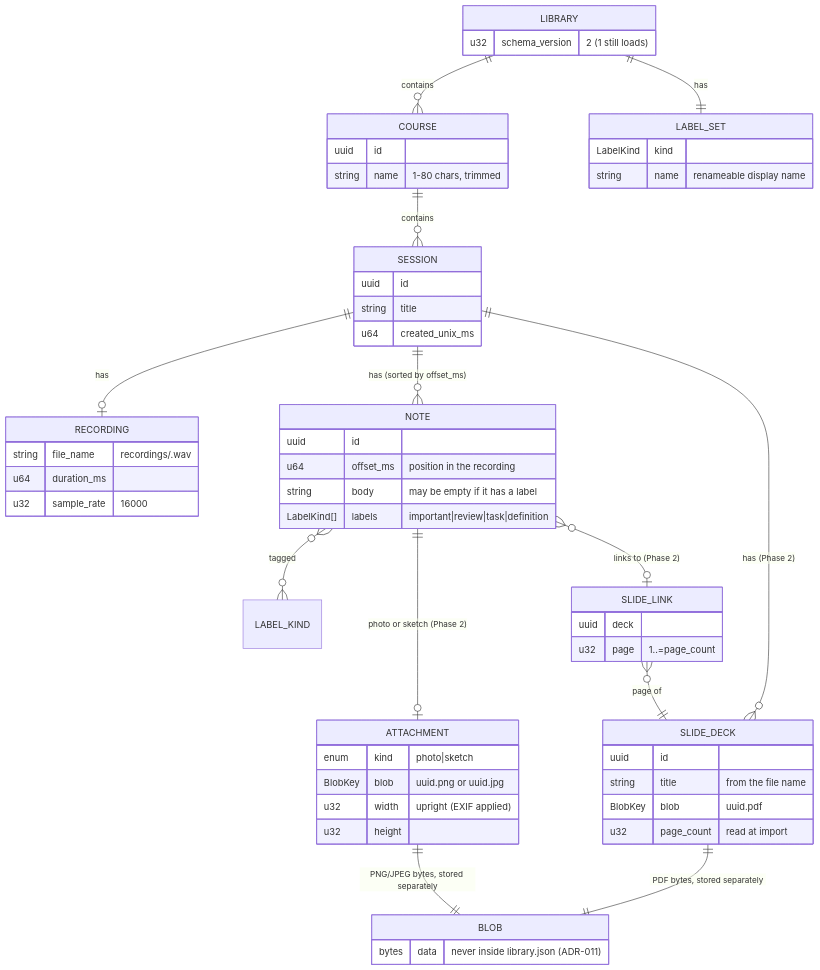
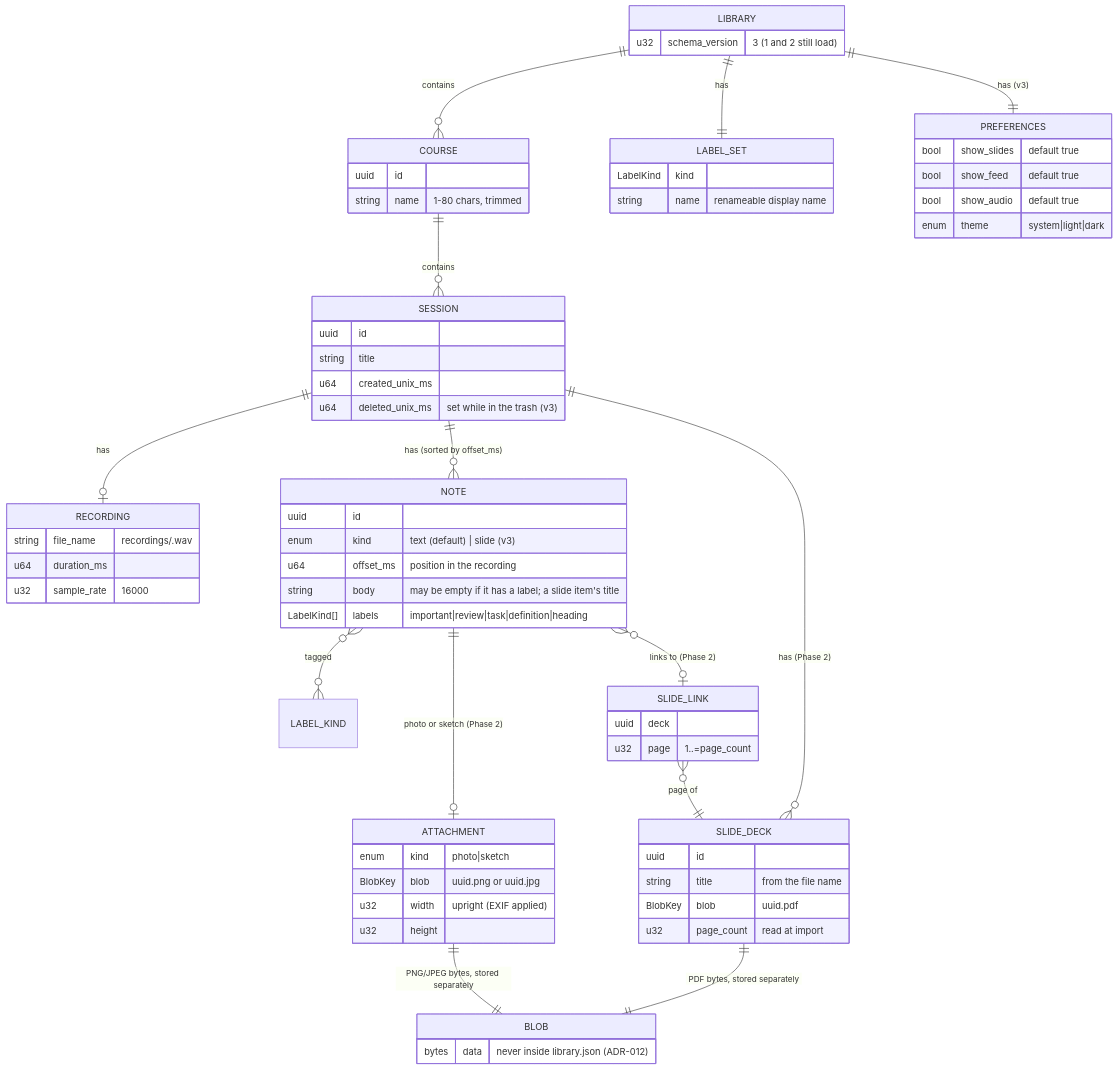
One commit to mehmetefeozdemir/lectio changed the second of 11 diagrams in docs/ARCHITECTURE.md. Above: the diagram before and after it, drawn with Mermaid. The commit also changed other lines of this file and 95 other files, not shown here.

Commit message:
Home screen, four-panel workspace, audio stream, headings, trash

````diff
--- a/docs/ARCHITECTURE.md
+++ b/docs/ARCHITECTURE.md
@@ -100,61 +111,70 @@
 ```mermaid
 erDiagram
   LIBRARY ||--o{ COURSE : contains
   LIBRARY ||--|| LABEL_SET : has
+  LIBRARY ||--|| PREFERENCES : "has (v3)"
   COURSE ||--o{ SESSION : contains
   SESSION ||--o| RECORDING : has
   SESSION ||--o{ NOTE : "has (sorted by offset_ms)"
   SESSION ||--o{ SLIDE_DECK : "has (Phase 2)"
   NOTE }o--o{ LABEL_KIND : tagged
   NOTE }o--o| SLIDE_LINK : "links to (Phase 2)"
   SLIDE_LINK }o--|| SLIDE_DECK : "page of"
   NOTE ||--o| ATTACHMENT : "photo or sketch (Phase 2)"
   SLIDE_DECK ||--|| BLOB : "PDF bytes, stored separately"
   ATTACHMENT ||--|| BLOB : "PNG/JPEG bytes, stored separately"
   LIBRARY {
-    u32 schema_version "2 (1 still loads)"
+    u32 schema_version "3 (1 and 2 still load)"
+  }
+  PREFERENCES {
+    bool show_slides "default true"
+    bool show_feed "default true"
+    bool show_audio "default true"
+    enum theme "system|light|dark"
   }
   SLIDE_DECK {
     uuid id
     string title "from the file name"
     BlobKey blob "uuid.pdf"
     u32 page_count "read at import"
   }
   SLIDE_LINK {
     uuid deck
     u32 page "1..=page_count"
   }
   ATTACHMENT {
     enum kind "photo|sketch"
     BlobKey blob "uuid.png or uuid.jpg"
     u32 width "upright (EXIF applied)"
     u32 height
   }
   BLOB {
-    bytes data "never inside library.json (ADR-011)"
+    bytes data "never inside library.json (ADR-012)"
   }
   COURSE {
     uuid id
     string name "1-80 chars, trimmed"
   }
   SESSION {
     uuid id
     string title
     u64 created_unix_ms
+    u64 deleted_unix_ms "set while in the trash (v3)"
   }
   RECORDING {
     string file_name "recordings/<session-id>.wav"
     u64 duration_ms
     u32 sample_rate "16000"
   }
   NOTE {
     uuid id
+    enum kind "text (default) | slide (v3)"
     u64 offset_ms "position in the recording"
-    string body "may be empty if it has a label"
-    LabelKind[] labels "important|review|task|definition"
+    string body "may be empty if it has a label; a slide item's title"
+    LabelKind[] labels "important|review|task|definition|heading"
   }
   LABEL_SET {
     LabelKind kind
     string name "renameable display name"
   }
 ```
````
